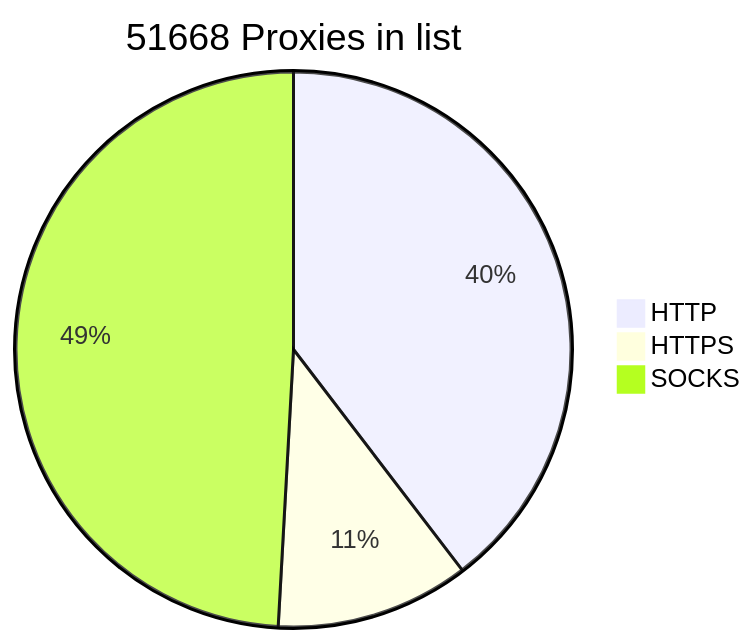
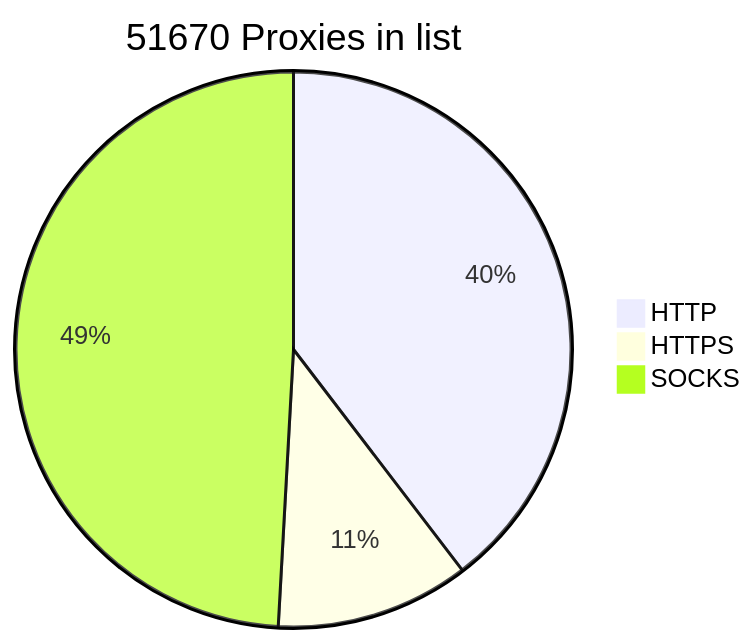
One commit to BlackSnowDot/proxylist-update-every-minute changed the diagram in README.md. Above: the diagram before and after it, drawn with Mermaid.

````diff
--- a/README.md
+++ b/README.md
@@ -2,6 +2,6 @@
 ```mermaid
-pie title 51668 Proxies in list
+pie title 51670 Proxies in list
     "HTTP" : 22740
     "HTTPS": 6469
-    "SOCKS" : 28200
+    "SOCKS" : 28202
 ```
````
